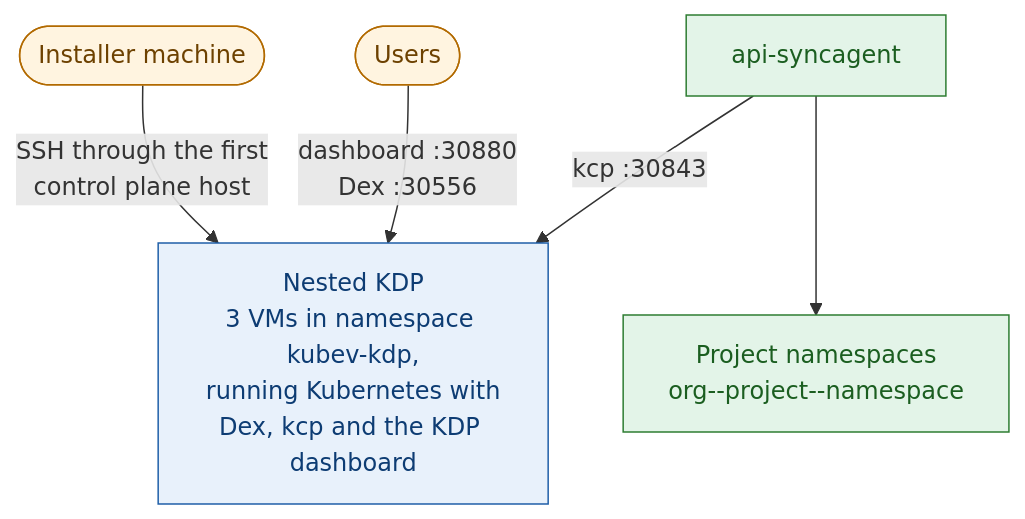
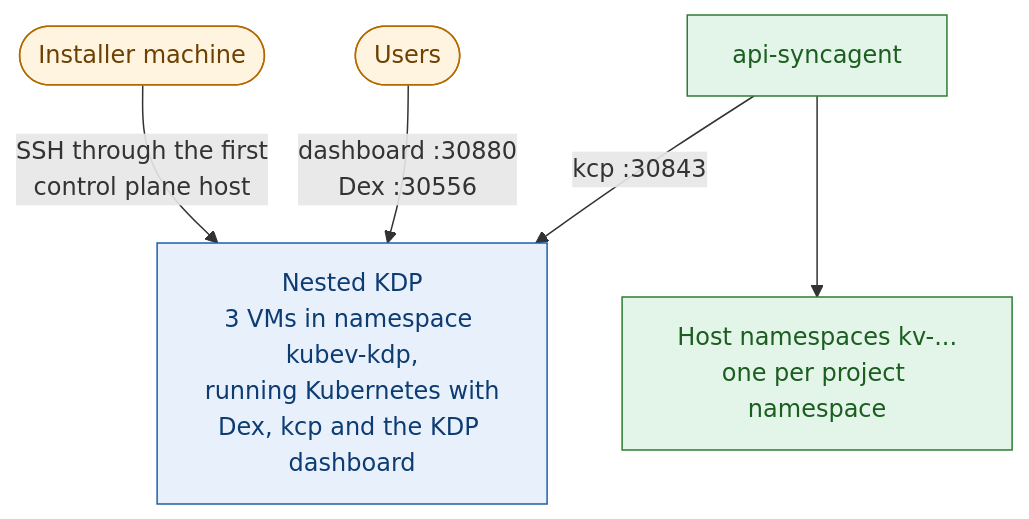
One commit to kubermatic/docs changed the diagram in content/kubermatic-virtualization/main/kdp-integration/installation/nested/_index.en.md. Above: the diagram before and after it, drawn with Mermaid. The commit also changed other lines of this file and 8 other files, not shown here.

First line of the commit message:
Describe KubeV's hashed host namespaces

````diff
--- a/content/kubermatic-virtualization/main/kdp-integration/installation/nested/_index.en.md
+++ b/content/kubermatic-virtualization/main/kdp-integration/installation/nested/_index.en.md
@@ -17,20 +17,20 @@
 ```mermaid
 flowchart TB
   installer(["Installer machine"])
   users(["Users"])
   vms["Nested KDP<br/>3 VMs in namespace kubev-kdp,<br/>running Kubernetes with<br/>Dex, kcp and the KDP dashboard"]
   agent["api-syncagent"]
-  tenants["Project namespaces<br/>org--project--namespace"]
+  tenants["Host namespaces kv-...<br/>one per project namespace"]
 
   installer -->|"SSH through the first<br/>control plane host"| vms
   users -->|"dashboard :30880<br/>Dex :30556"| vms
   agent -->|"kcp :30843"| vms
   agent --> tenants
 
   classDef kdp fill:#e8f1fb,stroke:#1f5fa8,color:#0d3c73
   classDef kv fill:#e3f4e8,stroke:#2e7d32,color:#1b5e20
   classDef ext fill:#fff4e0,stroke:#b26a00,color:#6d4100
   class vms kdp
   class agent,tenants kv
   class installer,users ext
 ```
````
